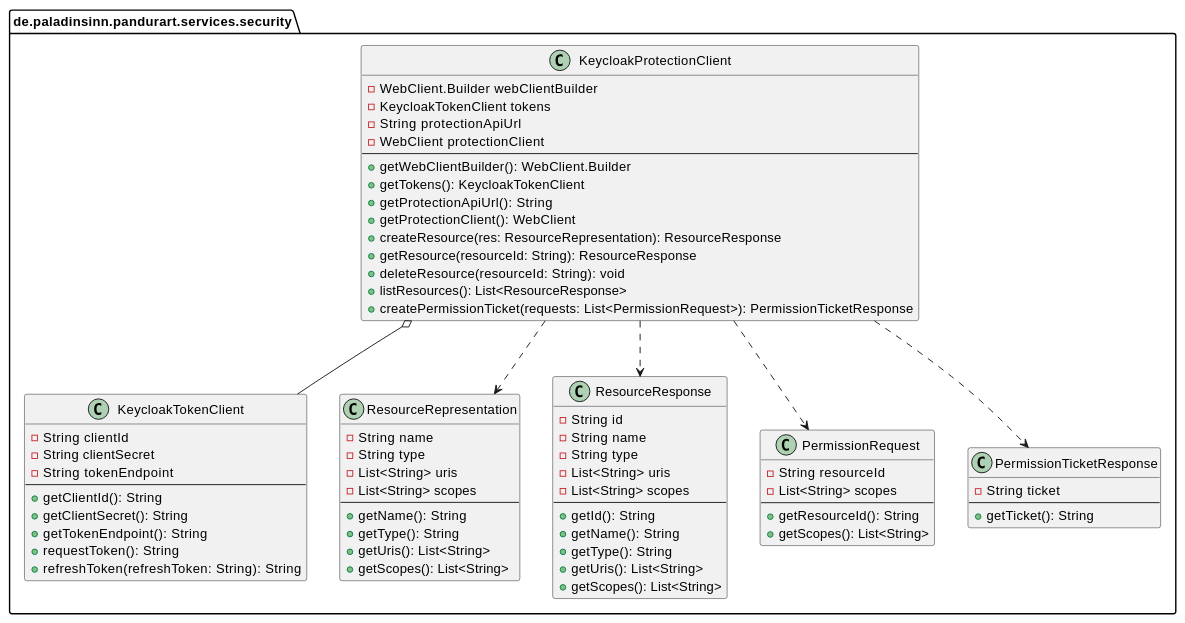
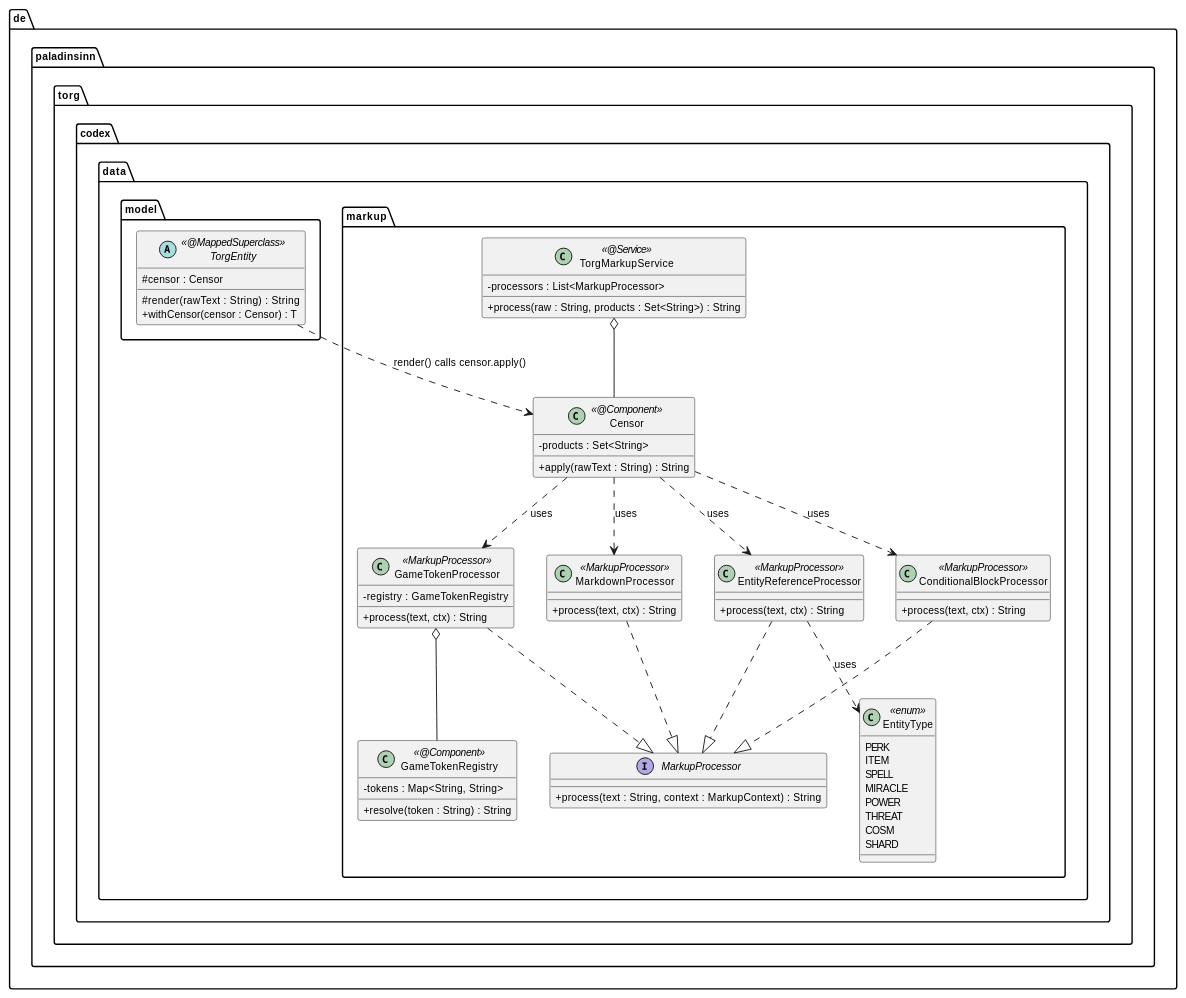
The second of 2 diagrams in docs/modules/arc42/pages/05_building_block_view/level_3_uma.adoc (Paladins-Inn/torg-codex), drawn with PlantUML before and after one commit. The commit also changed other lines of this file and 37 other files, not shown here.

```diff
--- a/docs/modules/arc42/pages/05_building_block_view/level_3_uma.adoc
+++ b/docs/modules/arc42/pages/05_building_block_view/level_3_uma.adoc
@@ -3,81 +50,83 @@
-[plantuml, uma-client]
+[plantuml, markup-classes]
 ----
-@startuml
-package "de.paladinsinn.pandurart.services.security" as security {
-  class KeycloakProtectionClient {
-    - WebClient.Builder webClientBuilder
-    - KeycloakTokenClient tokens
-    - String protectionApiUrl
-    - WebClient protectionClient
-    ----
-    + getWebClientBuilder(): WebClient.Builder
-    + getTokens(): KeycloakTokenClient
-    + getProtectionApiUrl(): String
-    + getProtectionClient(): WebClient
-    + createResource(res: ResourceRepresentation): ResourceResponse
-    + getResource(resourceId: String): ResourceResponse
-    + deleteResource(resourceId: String): void
-    + listResources(): List<ResourceResponse>
-    + createPermissionTicket(requests: List<PermissionRequest>): PermissionTicketResponse
+@startuml markup-classes
+skinparam defaultFontSize 11
+skinparam classAttributeIconSize 0
+
+package "de.paladinsinn.torg.codex.data.markup" {
+
+  class TorgMarkupService <<@Service>> {
+    - processors : List<MarkupProcessor>
+    + process(raw : String, products : Set<String>) : String
   }
 
-  class KeycloakTokenClient {
-    - String clientId
-    - String clientSecret
-    - String tokenEndpoint
-    ----
-    + getClientId(): String
-    + getClientSecret(): String
-    + getTokenEndpoint(): String
-    + requestToken(): String
-    + refreshToken(refreshToken: String): String
+  interface MarkupProcessor {
+    + process(text : String, context : MarkupContext) : String
   }
 
-  class ResourceRepresentation {
-    - String name
-    - String type
-    - List<String> uris
-    - List<String> scopes
-    ----
-    + getName(): String
-    + getType(): String
-    + getUris(): List<String>
-    + getScopes(): List<String>
+  class Censor <<@Component>> {
+    - products : Set<String>
+    + apply(rawText : String) : String
   }
 
-  class ResourceResponse {
-    - String id
-    - String name
-    - String type
-    - List<String> uris
-    - List<String> scopes
-    ----
-    + getId(): String
-    + getName(): String
-    + getType(): String
-    + getUris(): List<String>
-    + getScopes(): List<String>
+  class ConditionalBlockProcessor <<MarkupProcessor>> {
+    + process(text, ctx) : String
+    ' Syntax: <IF:product-slug>…</IF>
   }
 
-  class PermissionRequest {
-    - String resourceId
-    - List<String> scopes
-    ----
-    + getResourceId(): String
-    + getScopes(): List<String>
+  class EntityReferenceProcessor <<MarkupProcessor>> {
+    + process(text, ctx) : String
+    ' Syntax: <type:slug>
   }
 
-  class PermissionTicketResponse {
-    - String ticket
-    ----
-    + getTicket(): String
+  class GameTokenProcessor <<MarkupProcessor>> {
+    - registry : GameTokenRegistry
+    + process(text, ctx) : String
   }
 
-  KeycloakProtectionClient o-- KeycloakTokenClient
-  KeycloakProtectionClient ..> ResourceRepresentation
-  KeycloakProtectionClient ..> ResourceResponse
-  KeycloakProtectionClient ..> PermissionRequest
-  KeycloakProtectionClient ..> PermissionTicketResponse
+  class GameTokenRegistry <<@Component>> {
+    - tokens : Map<String, String>
+    + resolve(token : String) : String
+  }
+
+  class MarkdownProcessor <<MarkupProcessor>> {
+    + process(text, ctx) : String
+    ' CommonMark → HTML
+  }
+
+  class EntityType <<enum>> {
+    PERK
+    ITEM
+    SPELL
+    MIRACLE
+    POWER
+    THREAT
+    COSM
+    SHARD
+  }
 }
+
+package "de.paladinsinn.torg.codex.data.model" {
+  abstract class TorgEntity <<@MappedSuperclass>> {
+    # censor : Censor
+    # render(rawText : String) : String
+    + withCensor(censor : Censor) : T
+  }
+}
+
+TorgMarkupService   o--  Censor
+Censor              ..>  ConditionalBlockProcessor : uses
+Censor              ..>  EntityReferenceProcessor  : uses
+Censor              ..>  GameTokenProcessor        : uses
+Censor              ..>  MarkdownProcessor         : uses
+GameTokenProcessor  o--  GameTokenRegistry
+EntityReferenceProcessor ..> EntityType            : uses
+
+TorgEntity          ..>  Censor : render() calls censor.apply()
+ConditionalBlockProcessor ..|>  MarkupProcessor
+EntityReferenceProcessor  ..|>  MarkupProcessor
+GameTokenProcessor        ..|>  MarkupProcessor
+MarkdownProcessor         ..|>  MarkupProcessor
+
 @enduml
 ----
```
